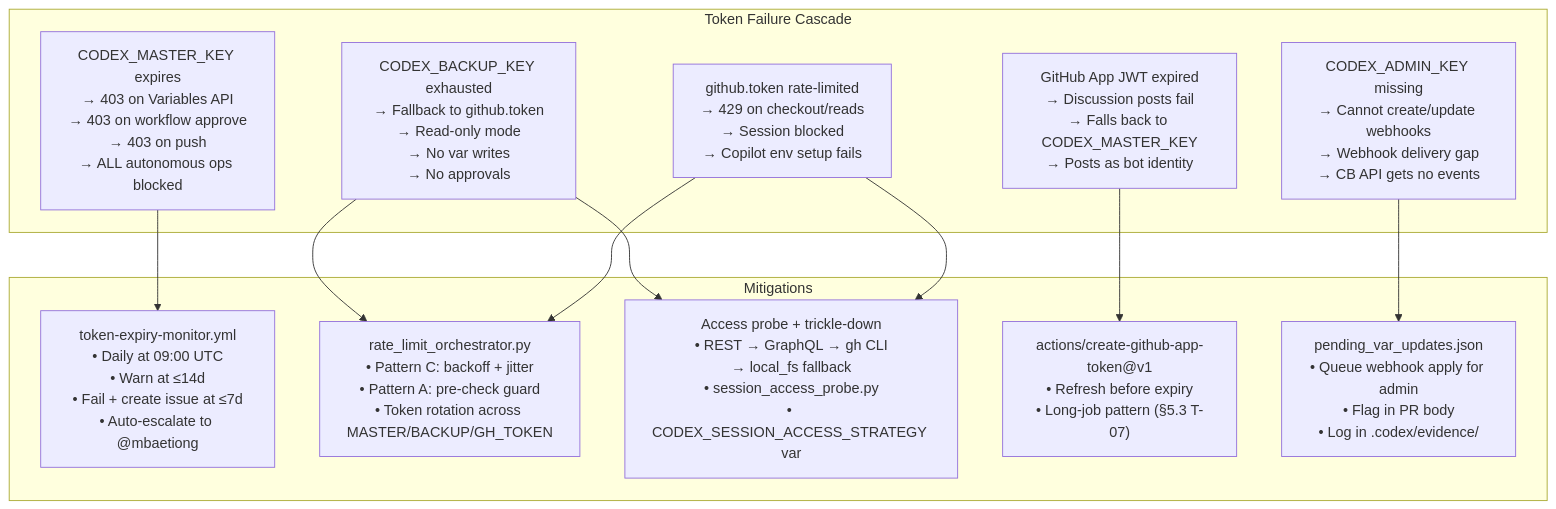
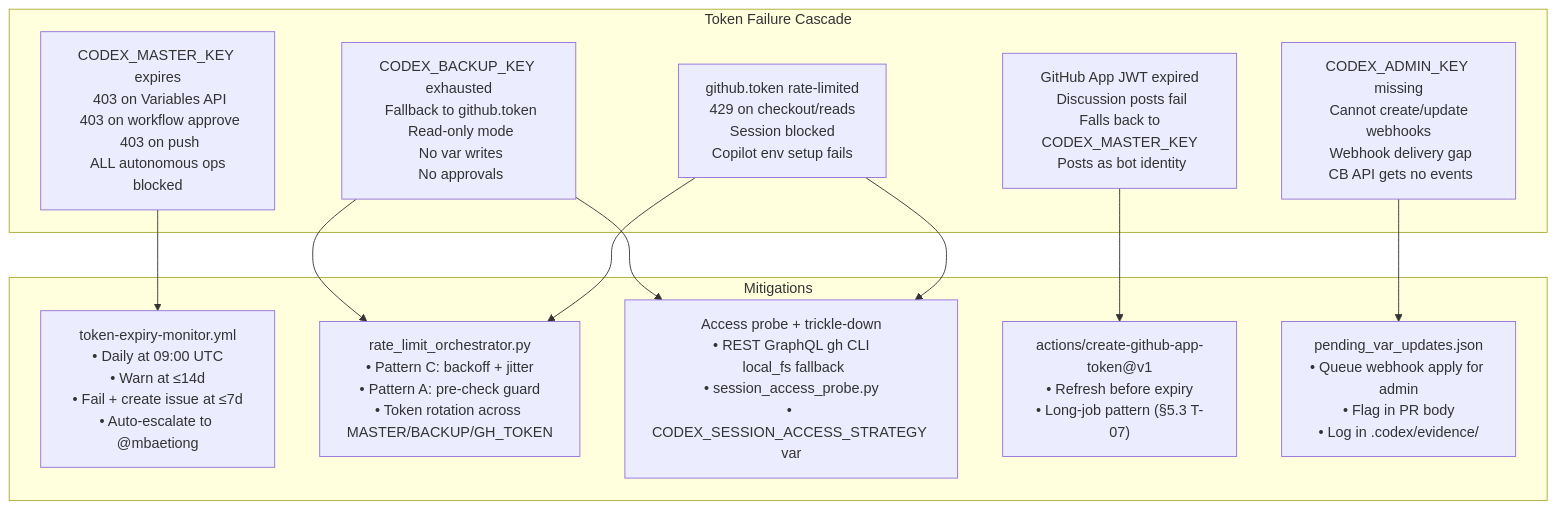
Diagram 12 of 12 in docs/plans/AUTONOMOUS_PRIVILEGE_ARCHITECTURE.md (Aries-Serpent/_codex_), drawn with Mermaid before and after one commit. The commit also changed other lines of this file and 4117 other files, not shown here.

````diff
--- a/docs/plans/AUTONOMOUS_PRIVILEGE_ARCHITECTURE.md
+++ b/docs/plans/AUTONOMOUS_PRIVILEGE_ARCHITECTURE.md
@@ -490,24 +547,28 @@
 ```mermaid
-%%{init: {'accessibility': {'title': 'Flowchart showing "Token Failure Cascade", "CODEX_MASTER_KEY expires\n→ 403 on Variables API\n→ 403 on workflow approve\n→ 403 on push\n→ ALL autonomous ops blocked"'}}%%
+%%{init: {'accessibility': {'title': 'Flowchart showing "Token Failure Cascade", "CODEX_MASTER_KEY expires\n 403 on Variables API\n 403 on workflow approve\n 403 on push\n ALL autonomous ops blocked"'}}%%
+
 graph TD
-    subgraph FAILURE["Token Failure Cascade"]
-        F1["CODEX_MASTER_KEY expires\n→ 403 on Variables API\n→ 403 on workflow approve\n→ 403 on push\n→ ALL autonomous ops blocked"]
-        F2["CODEX_BACKUP_KEY exhausted\n→ Fallback to github.token\n→ Read-only mode\n→ No var writes\n→ No approvals"]
-        F3["github.token rate-limited\n→ 429 on checkout/reads\n→ Session blocked\n→ Copilot env setup fails"]
-        F4["GitHub App JWT expired\n→ Discussion posts fail\n→ Falls back to CODEX_MASTER_KEY\n→ Posts as bot identity"]
-        F5["CODEX_ADMIN_KEY missing\n→ Cannot create/update webhooks\n→ Webhook delivery gap\n→ CB API gets no events"]
-    end
+ subgraph FAILURE["Token Failure Cascade"]
+ F1["CODEX_MASTER_KEY expires\n 403 on Variables API\n 403 on workflow approve\n 403 on push\n ALL autonomous ops blocked"]
+ F2["CODEX_BACKUP_KEY exhausted\n Fallback to github.token\n Read-only mode\n No var writes\n No approvals"]
+ F3["github.token rate-limited\n 429 on checkout/reads\n Session blocked\n Copilot env setup fails"]
+ F4["GitHub App JWT expired\n Discussion posts fail\n Falls back to CODEX_MASTER_KEY\n Posts as bot identity"]
+ F5["CODEX_ADMIN_KEY missing\n Cannot create/update webhooks\n Webhook delivery gap\n CB API gets no events"]
+ end
 
-    subgraph MITIGATION["Mitigations"]
-        M1["token-expiry-monitor.yml\n• Daily at 09:00 UTC\n• Warn at ≤14d\n• Fail + create issue at ≤7d\n• Auto-escalate to @mbaetiong"]
-        M2["rate_limit_orchestrator.py\n• Pattern C: backoff + jitter\n• Pattern A: pre-check guard\n• Token rotation across MASTER/BACKUP/GH_TOKEN"]
-        M3["Access probe + trickle-down\n• REST → GraphQL → gh CLI\n→ local_fs fallback\n• session_access_probe.py\n• CODEX_SESSION_ACCESS_STRATEGY var"]
-        M4["actions/create-github-app-token@v1\n• Refresh before expiry\n• Long-job pattern (§5.3 T-07)"]
-        M5["pending_var_updates.json\n• Queue webhook apply for admin\n• Flag in PR body\n• Log in .codex/evidence/"]
-    end
+ subgraph MITIGATION["Mitigations"]
+ M1["token-expiry-monitor.yml\n• Daily at 09:00 UTC\n• Warn at ≤14d\n• Fail + create issue at ≤7d\n• Auto-escalate to @mbaetiong"]
+ M2["rate_limit_orchestrator.py\n• Pattern C: backoff + jitter\n• Pattern A: pre-check guard\n• Token rotation across MASTER/BACKUP/GH_TOKEN"]
+ M3["Access probe + trickle-down\n• REST GraphQL gh CLI\n local_fs fallback\n• session_access_probe.py\n• CODEX_SESSION_ACCESS_STRATEGY var"]
+ M4["actions/create-github-app-token@v1\n• Refresh before expiry\n• Long-job pattern (§5.3 T-07)"]
+ M5["pending_var_updates.json\n• Queue webhook apply for admin\n• Flag in PR body\n• Log in .codex/evidence/"]
+ end
 
-    F1 --> M1
-    F2 & F3 --> M2 & M3
-    F4 --> M4
-    F5 --> M5
+ F1 --> M1
+
+ F2 & F3 --> M2 & M3
+
+ F4 --> M4
+
+ F5 --> M5
 ```
````
